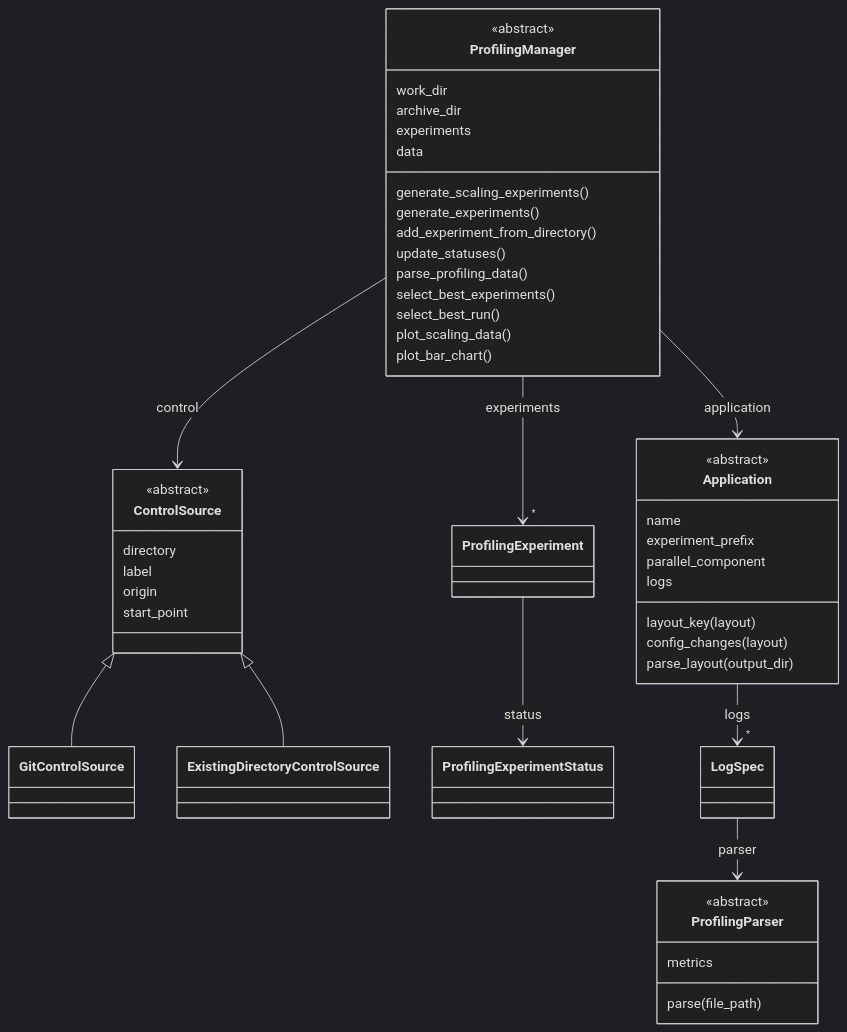
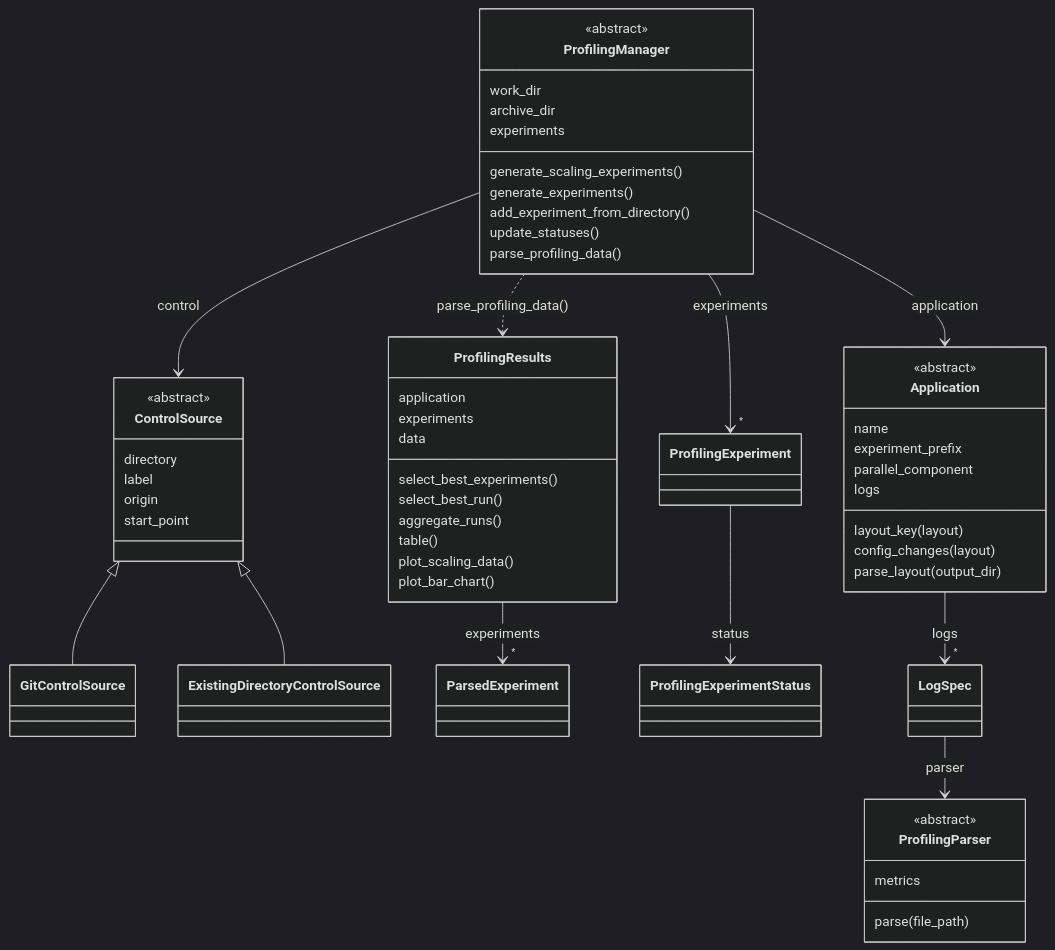
The first of 3 diagrams in documentation/docs/pages/developer-guide/index.md (ACCESS-NRI/access-profiling), drawn with Mermaid (dark theme) before and after one commit. The commit also changed other lines of this file and 27 other files, not shown here.

````diff
--- a/documentation/docs/pages/developer-guide/index.md
+++ b/documentation/docs/pages/developer-guide/index.md
@@ -29,54 +29,63 @@
 ```mermaid
 classDiagram
     direction TB
     class ProfilingManager {
         <<abstract>>
         work_dir
         archive_dir
         experiments
-        data
         generate_scaling_experiments()
         generate_experiments()
         add_experiment_from_directory()
         update_statuses()
         parse_profiling_data()
+    }
+
+    class ProfilingResults {
+        application
+        experiments
+        data
         select_best_experiments()
         select_best_run()
+        aggregate_runs()
+        table()
         plot_scaling_data()
         plot_bar_chart()
     }
 
     class Application {
         <<abstract>>
         name
         experiment_prefix
         parallel_component
         logs
         layout_key(layout)
         config_changes(layout)
         parse_layout(output_dir)
     }
 
     class ControlSource {
         <<abstract>>
         directory
         label
         origin
         start_point
     }
     ControlSource <|-- GitControlSource
     ControlSource <|-- ExistingDirectoryControlSource
 
     class ProfilingParser {
         <<abstract>>
         metrics
         parse(file_path)
     }
 
     ProfilingManager --> Application : application
     ProfilingManager --> ControlSource : control
     ProfilingManager --> "*" ProfilingExperiment : experiments
+    ProfilingManager ..> ProfilingResults : parse_profiling_data()
+    ProfilingResults --> "*" ParsedExperiment : experiments
     ProfilingExperiment --> ProfilingExperimentStatus : status
     Application --> "*" LogSpec : logs
     LogSpec --> ProfilingParser : parser
 ```
````
